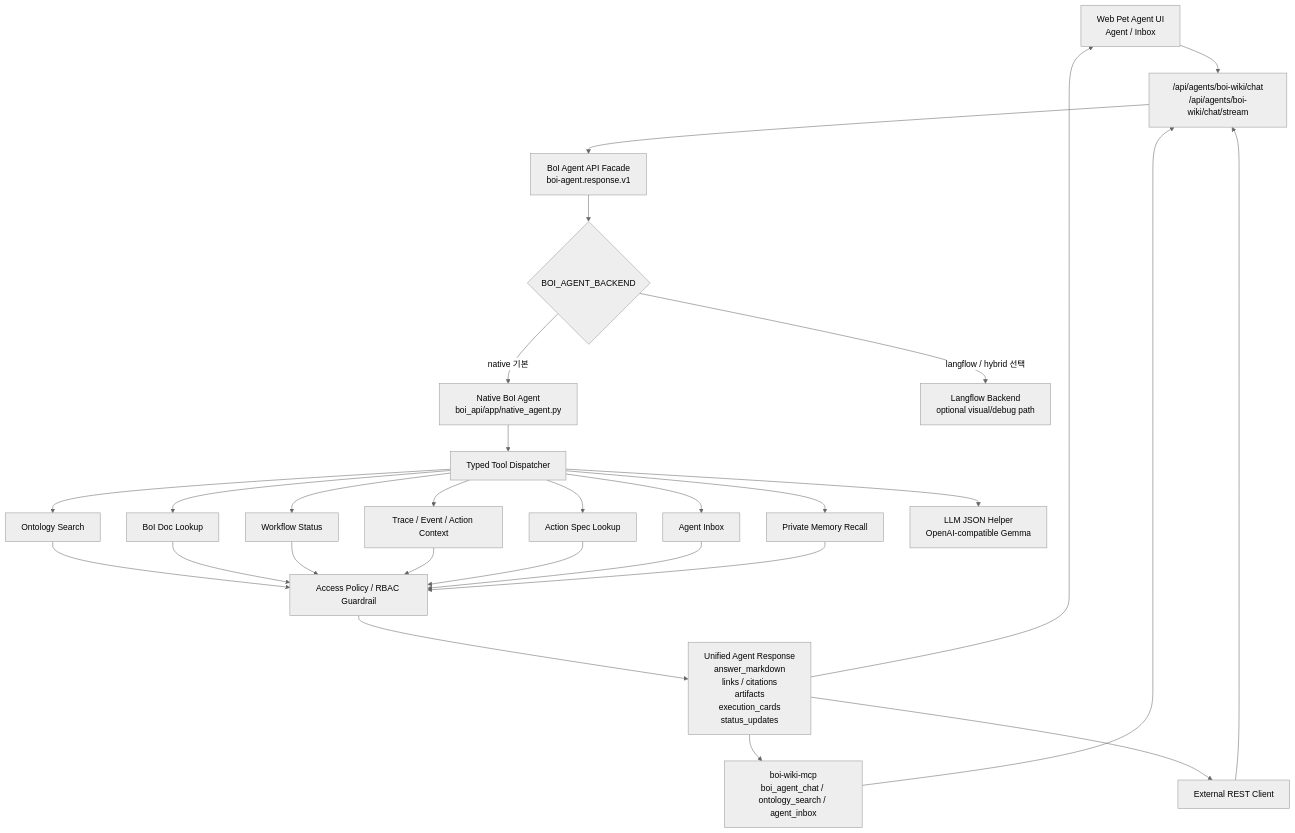
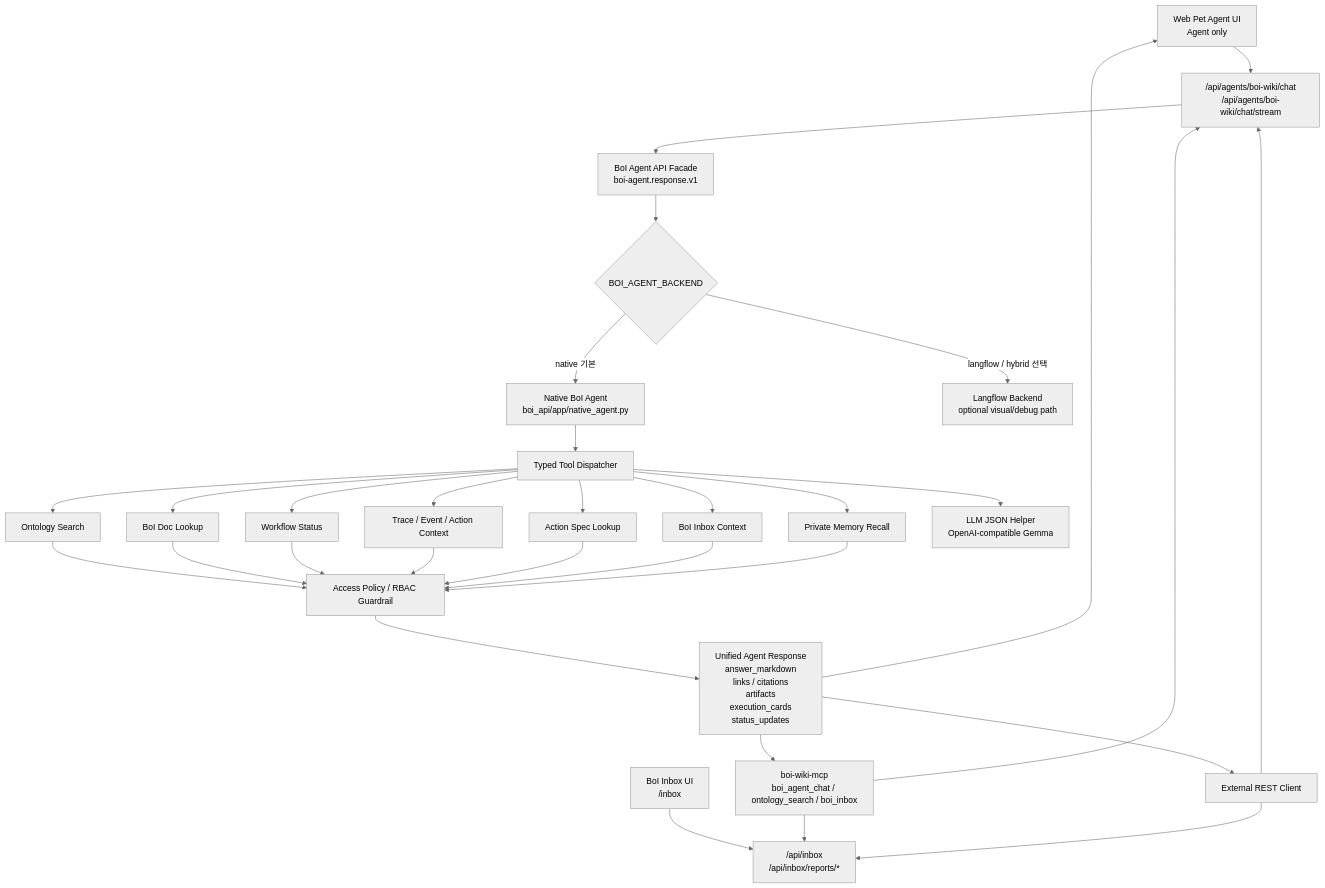
One commit to chokukil/boi-wiki changed the first of 6 diagrams in data/boi/public/boi-wiki-manual/agent/boi-agent-implementation-structure.md. Above: the diagram before and after it, drawn with Mermaid (neutral theme). The commit also changed other lines of this file and 99 other files, not shown here.

Commit message:
Improve BoI agent workflow and inbox UX

````diff
--- a/data/boi/public/boi-wiki-manual/agent/boi-agent-implementation-structure.md
+++ b/data/boi/public/boi-wiki-manual/agent/boi-agent-implementation-structure.md
@@ -42,36 +42,39 @@
 ```mermaid
 flowchart TD
-  UI["Web Pet Agent UI<br/>Agent / Inbox"] --> CHAT["/api/agents/boi-wiki/chat<br/>/api/agents/boi-wiki/chat/stream"]
-  MCP["boi-wiki-mcp<br/>boi_agent_chat / ontology_search / agent_inbox"] --> CHAT
+  UI["Web Pet Agent UI<br/>Agent only"] --> CHAT["/api/agents/boi-wiki/chat<br/>/api/agents/boi-wiki/chat/stream"]
+  INBOXUI["BoI Inbox UI<br/>/inbox"] --> INBOXAPI["/api/inbox<br/>/api/inbox/reports/*"]
+  MCP["boi-wiki-mcp<br/>boi_agent_chat / ontology_search / boi_inbox"] --> CHAT
+  MCP --> INBOXAPI
   EXT["External REST Client"] --> CHAT
+  EXT --> INBOXAPI
 
   CHAT --> FACADE["BoI Agent API Facade<br/>boi-agent.response.v1"]
   FACADE --> BACKEND{"BOI_AGENT_BACKEND"}
 
   BACKEND -->|"native 기본"| NATIVE["Native BoI Agent<br/>boi_api/app/native_agent.py"]
   BACKEND -->|"langflow / hybrid 선택"| LF["Langflow Backend<br/>optional visual/debug path"]
 
   NATIVE --> TOOLS["Typed Tool Dispatcher"]
   TOOLS --> SEARCH["Ontology Search"]
   TOOLS --> BOI["BoI Doc Lookup"]
   TOOLS --> WF["Workflow Status"]
   TOOLS --> TRACE["Trace / Event / Action Context"]
   TOOLS --> ACTION["Action Spec Lookup"]
-  TOOLS --> INBOX["Agent Inbox"]
+  TOOLS --> INBOX["BoI Inbox Context"]
   TOOLS --> MEMORY["Private Memory Recall"]
   TOOLS --> LLM["LLM JSON Helper<br/>OpenAI-compatible Gemma"]
 
   SEARCH --> ACL["Access Policy / RBAC Guardrail"]
   BOI --> ACL
   WF --> ACL
   TRACE --> ACL
   ACTION --> ACL
   INBOX --> ACL
   MEMORY --> ACL
 
   ACL --> RESPONSE["Unified Agent Response<br/>answer_markdown<br/>links / citations<br/>artifacts<br/>execution_cards<br/>status_updates"]
 
   RESPONSE --> UI
   RESPONSE --> MCP
   RESPONSE --> EXT
 ```
````
